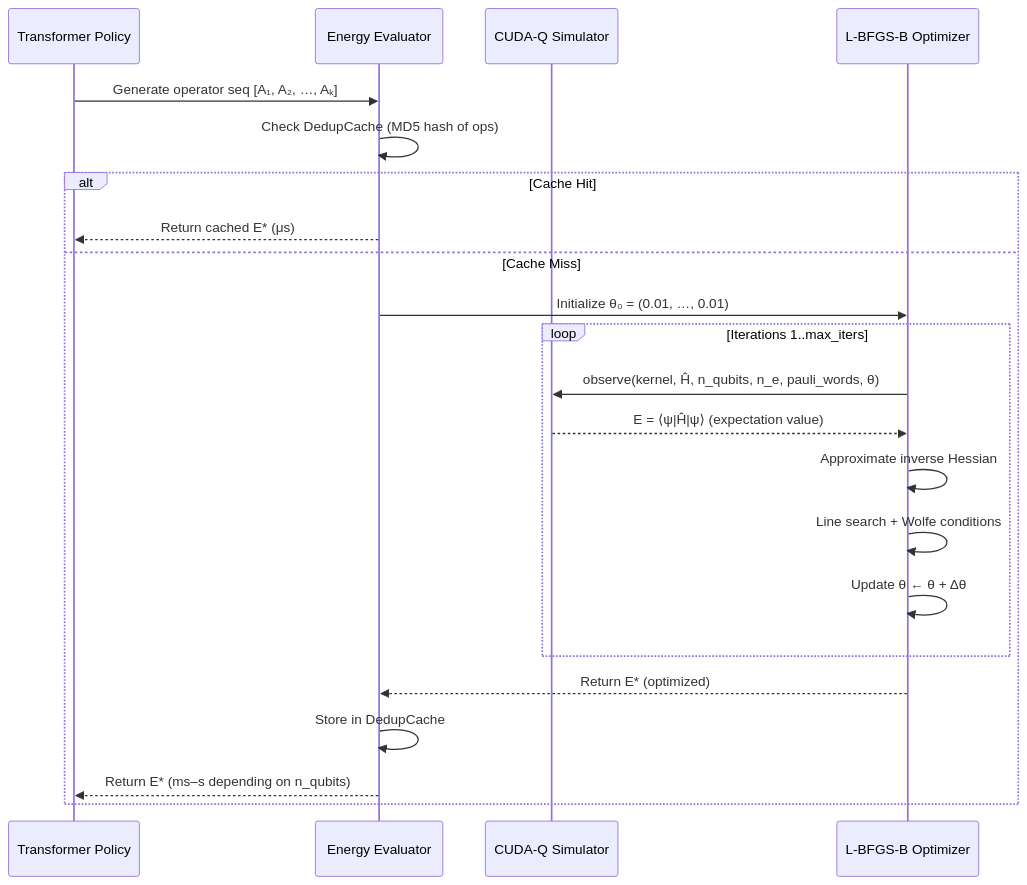
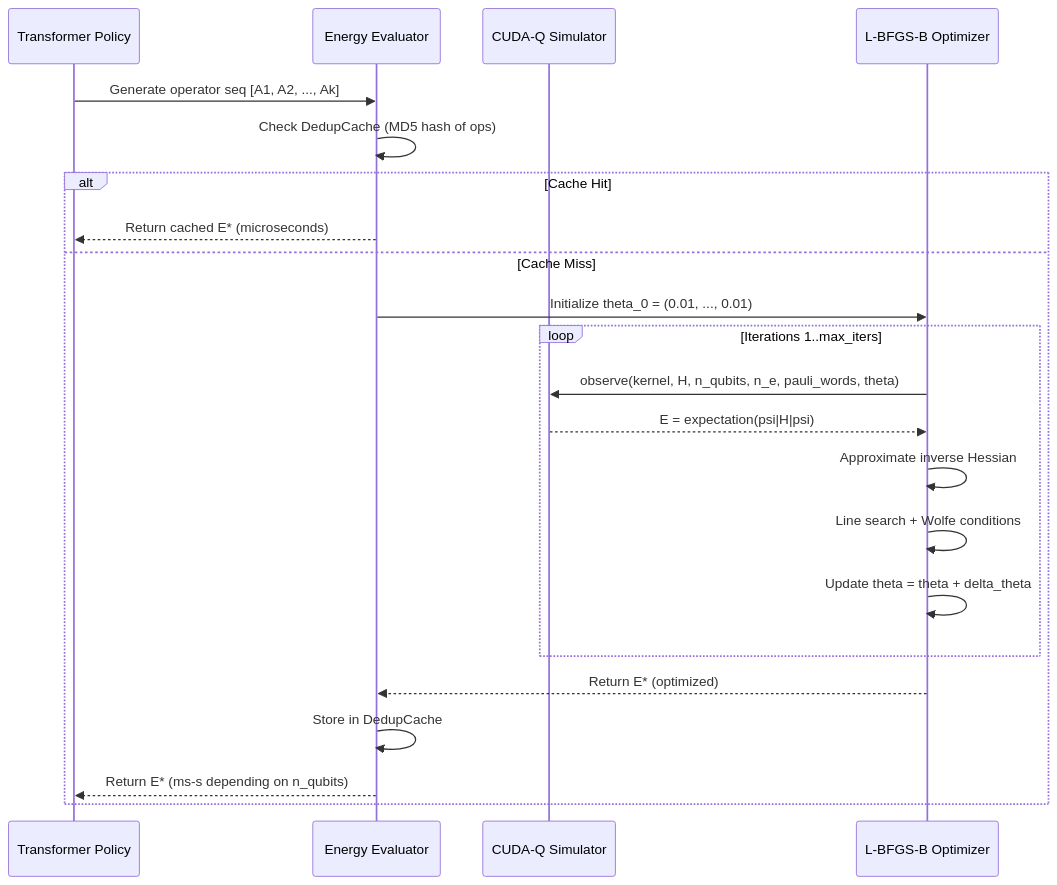
One commit to Quantum-Buddies/Conditional-GQE_materials changed the eighth of 11 diagrams in README.md. Above: the diagram before and after it, drawn with Mermaid. The commit also changed other lines of this file, not shown here.

First line of the commit message:
fix: replace all Unicode with ASCII in Mermaid diagrams for GitHub rendering

````diff
--- a/README.md
+++ b/README.md
@@ -428,25 +428,25 @@
 ```mermaid
 sequenceDiagram
     participant Policy as Transformer Policy
     participant Eval as Energy Evaluator
     participant CUDAQ as CUDA-Q Simulator
     participant LBFGS as L-BFGS-B Optimizer
 
-    Policy->>Eval: Generate operator seq [A₁, A₂, …, Aₖ]
+    Policy->>Eval: Generate operator seq [A1, A2, ..., Ak]
     Eval->>Eval: Check DedupCache (MD5 hash of ops)
     alt Cache Hit
-        Eval-->>Policy: Return cached E* (μs)
+        Eval-->>Policy: Return cached E* (microseconds)
     else Cache Miss
-        Eval->>LBFGS: Initialize θ₀ = (0.01, …, 0.01)
+        Eval->>LBFGS: Initialize theta_0 = (0.01, ..., 0.01)
         loop Iterations 1..max_iters
-            LBFGS->>CUDAQ: observe(kernel, Ĥ, n_qubits, n_e, pauli_words, θ)
-            CUDAQ-->>LBFGS: E = ⟨ψ|Ĥ|ψ⟩ (expectation value)
+            LBFGS->>CUDAQ: observe(kernel, H, n_qubits, n_e, pauli_words, theta)
+            CUDAQ-->>LBFGS: E = expectation(psi|H|psi)
             LBFGS->>LBFGS: Approximate inverse Hessian
             LBFGS->>LBFGS: Line search + Wolfe conditions
-            LBFGS->>LBFGS: Update θ ← θ + Δθ
+            LBFGS->>LBFGS: Update theta = theta + delta_theta
         end
         LBFGS-->>Eval: Return E* (optimized)
         Eval->>Eval: Store in DedupCache
-        Eval-->>Policy: Return E* (ms–s depending on n_qubits)
+        Eval-->>Policy: Return E* (ms-s depending on n_qubits)
     end
 ```
````
